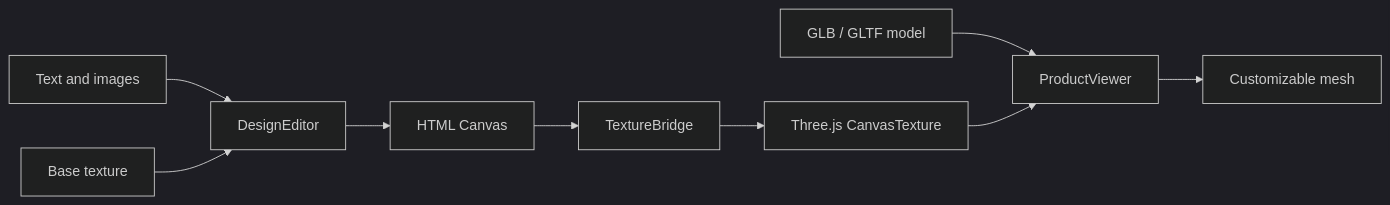
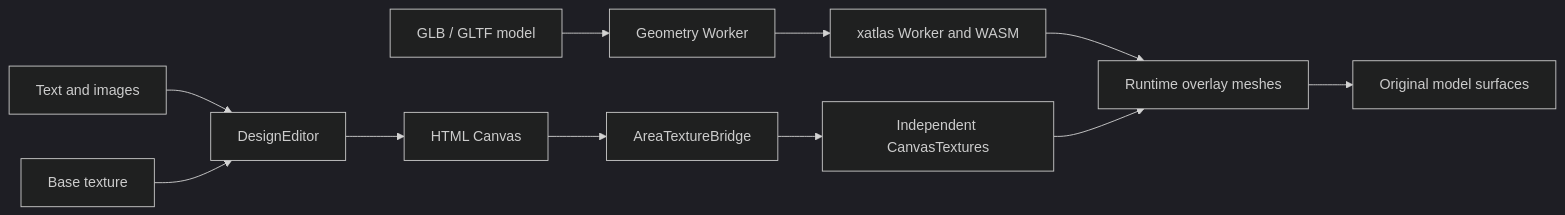
Before and after one commit to songshanliu/CustomForge: the diagram in README.md, drawn with Mermaid (dark theme). The commit also changed other lines of this file and 43 other files, not shown here.

````diff
--- a/README.md
+++ b/README.md
@@ -388,11 +449,13 @@
 ```mermaid
 flowchart LR
     A[Text and images] --> B[DesignEditor]
     C[Base texture] --> B
     B --> D[HTML Canvas]
-    D --> E[TextureBridge]
-    E --> F[Three.js CanvasTexture]
-    G[GLB / GLTF model] --> H[ProductViewer]
-    F --> H
-    H --> I[Customizable mesh]
+    G[GLB / GLTF model] --> H[Geometry Worker]
+    H --> I[xatlas Worker and WASM]
+    I --> J[Runtime overlay meshes]
+    D --> E[AreaTextureBridge]
+    E --> F[Independent CanvasTextures]
+    F --> J
+    J --> K[Original model surfaces]
 ```
````
